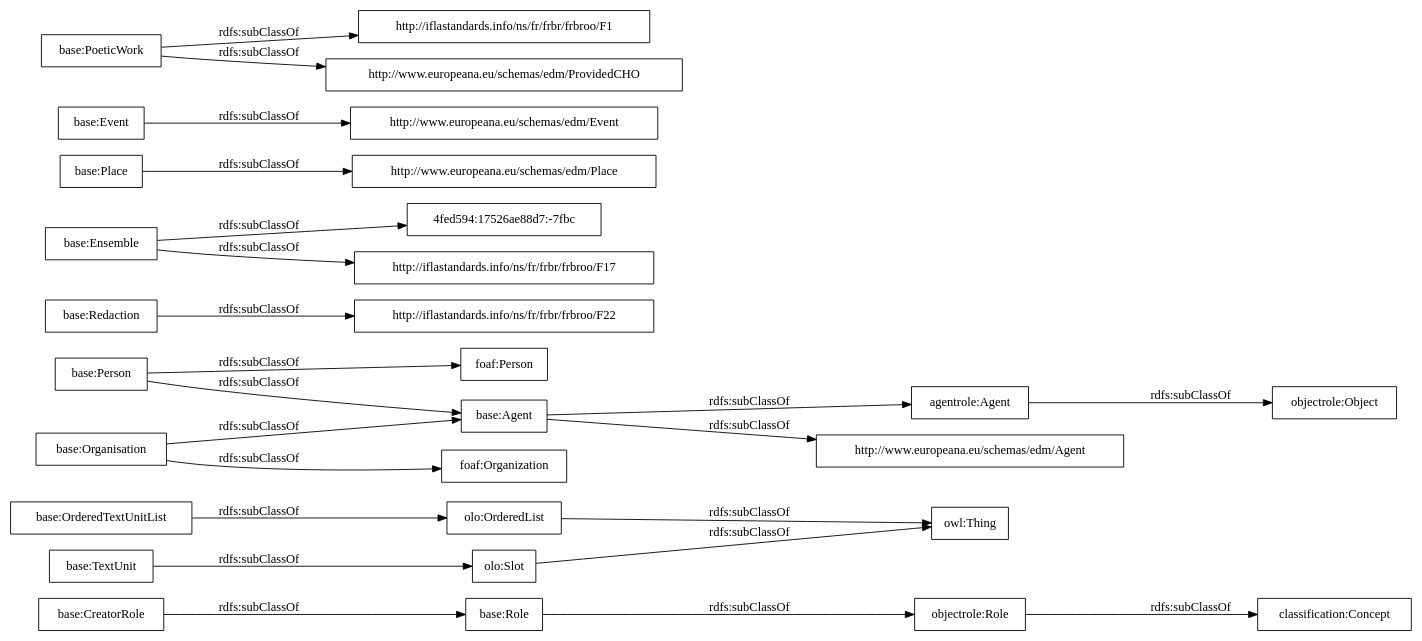
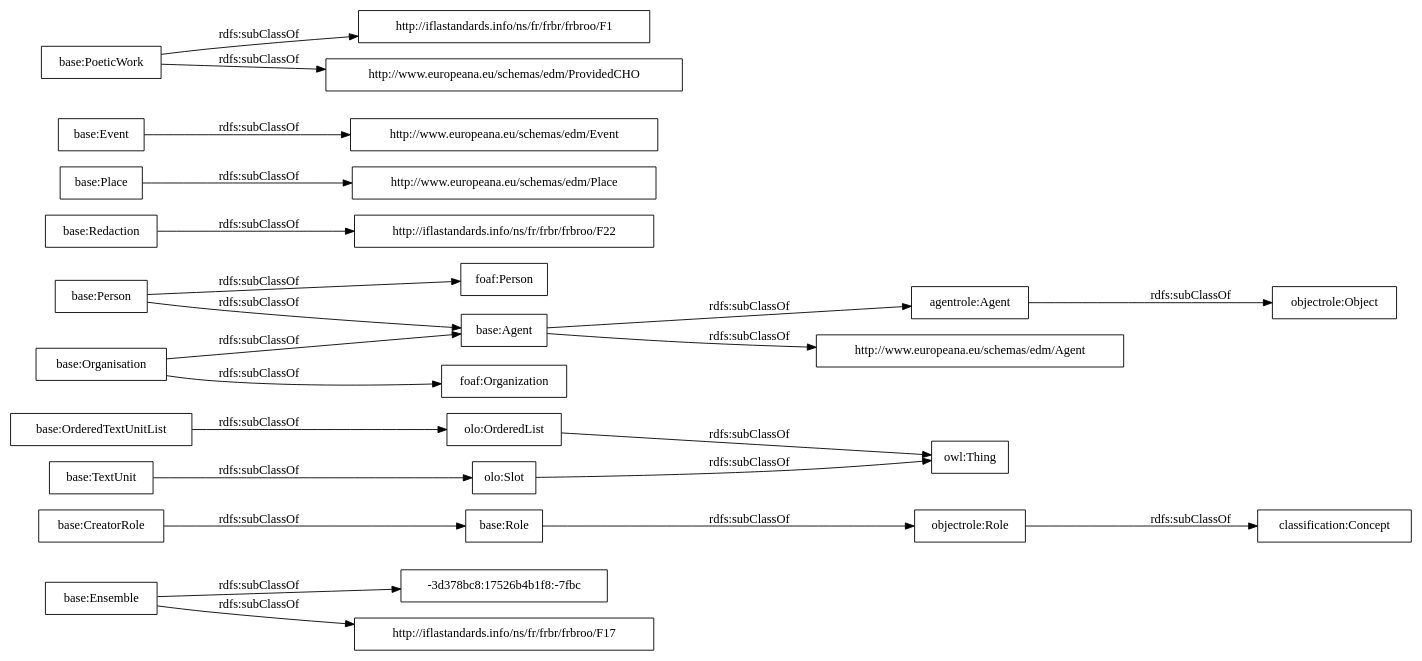
The diagram in OnToology/postdata-core.owl/diagrams/ar2dtool-taxonomy/postdata-core.owl.png.dot (OnToologyUser/core-ontology-1), drawn with Graphviz before and after one commit. The commit also changed 14 other files, not shown here.

```diff
--- a/OnToology/postdata-core.owl/diagrams/ar2dtool-taxonomy/postdata-core.owl.png.dot
+++ b/OnToology/postdata-core.owl/diagrams/ar2dtool-taxonomy/postdata-core.owl.png.dot
@@ -1,27 +1,27 @@
 digraph ar2dtool_diagram { 
 rankdir=LR;
 size="1000"
-node [shape = rectangle, color="black"]; "base:Role" "base:OrderedTextUnitList" "agentrole:Agent" "http://iflastandards.info/ns/fr/frbr/frbroo/F22" "http://www.europeana.eu/schemas/edm/Agent" "base:Agent" "base:CreatorRole" "base:Person" "4fed594:17526ae88d7:-7fbc" "base:Organisation" "http://www.europeana.eu/schemas/edm/Place" "base:Redaction" "base:Ensemble" "foaf:Person" "http://www.europeana.eu/schemas/edm/Event" "base:TextUnit" "http://iflastandards.info/ns/fr/frbr/frbroo/F1" "foaf:Organization" "http://www.europeana.eu/schemas/edm/ProvidedCHO" "base:Place" "base:Event" "base:PoeticWork" "http://iflastandards.info/ns/fr/frbr/frbroo/F17" "owl:Thing" "objectrole:Role" "objectrole:Object" "olo:Slot" "olo:OrderedList" "classification:Concept" ; /*classes style*/
+node [shape = rectangle, color="black"]; "-3d378bc8:17526b4b1f8:-7fbc" "base:Role" "base:OrderedTextUnitList" "agentrole:Agent" "http://iflastandards.info/ns/fr/frbr/frbroo/F22" "http://www.europeana.eu/schemas/edm/Agent" "base:Agent" "base:CreatorRole" "base:Person" "base:Organisation" "http://www.europeana.eu/schemas/edm/Place" "base:Redaction" "base:Ensemble" "foaf:Person" "http://www.europeana.eu/schemas/edm/Event" "base:TextUnit" "http://iflastandards.info/ns/fr/frbr/frbroo/F1" "foaf:Organization" "http://www.europeana.eu/schemas/edm/ProvidedCHO" "base:Place" "base:Event" "base:PoeticWork" "http://iflastandards.info/ns/fr/frbr/frbroo/F17" "owl:Thing" "objectrole:Role" "objectrole:Object" "olo:Slot" "olo:OrderedList" "classification:Concept" ; /*classes style*/
 	"base:Redaction" -> "http://iflastandards.info/ns/fr/frbr/frbroo/F22" [ label = "rdfs:subClassOf" ];
 	"base:Role" -> "objectrole:Role" [ label = "rdfs:subClassOf" ];
 	"base:Event" -> "http://www.europeana.eu/schemas/edm/Event" [ label = "rdfs:subClassOf" ];
 	"base:Person" -> "foaf:Person" [ label = "rdfs:subClassOf" ];
 	"base:Person" -> "base:Agent" [ label = "rdfs:subClassOf" ];
 	"olo:OrderedList" -> "owl:Thing" [ label = "rdfs:subClassOf" ];
 	"olo:Slot" -> "owl:Thing" [ label = "rdfs:subClassOf" ];
 	"base:PoeticWork" -> "http://www.europeana.eu/schemas/edm/ProvidedCHO" [ label = "rdfs:subClassOf" ];
 	"base:PoeticWork" -> "http://iflastandards.info/ns/fr/frbr/frbroo/F1" [ label = "rdfs:subClassOf" ];
 	"base:TextUnit" -> "olo:Slot" [ label = "rdfs:subClassOf" ];
 	"agentrole:Agent" -> "objectrole:Object" [ label = "rdfs:subClassOf" ];
-	"base:Ensemble" -> "4fed594:17526ae88d7:-7fbc" [ label = "rdfs:subClassOf" ];
+	"base:Ensemble" -> "-3d378bc8:17526b4b1f8:-7fbc" [ label = "rdfs:subClassOf" ];
 	"base:Ensemble" -> "http://iflastandards.info/ns/fr/frbr/frbroo/F17" [ label = "rdfs:subClassOf" ];
 	"base:OrderedTextUnitList" -> "olo:OrderedList" [ label = "rdfs:subClassOf" ];
 	"base:Agent" -> "agentrole:Agent" [ label = "rdfs:subClassOf" ];
 	"base:Agent" -> "http://www.europeana.eu/schemas/edm/Agent" [ label = "rdfs:subClassOf" ];
 	"objectrole:Role" -> "classification:Concept" [ label = "rdfs:subClassOf" ];
 	"base:Place" -> "http://www.europeana.eu/schemas/edm/Place" [ label = "rdfs:subClassOf" ];
 	"base:Organisation" -> "foaf:Organization" [ label = "rdfs:subClassOf" ];
 	"base:Organisation" -> "base:Agent" [ label = "rdfs:subClassOf" ];
 	"base:CreatorRole" -> "base:Role" [ label = "rdfs:subClassOf" ];
 
 }
```
